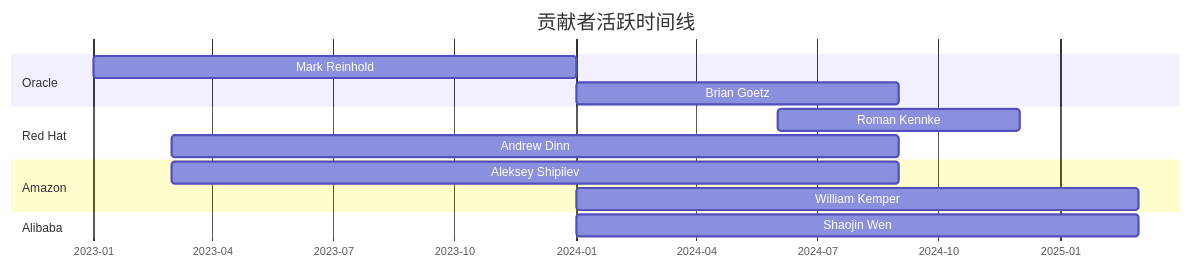
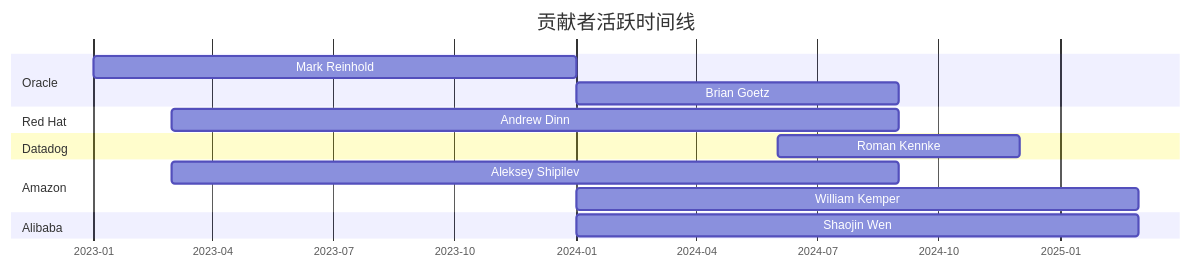
One commit to wenshao/jdk_internal changed the diagram in dashboard.md. Above: the diagram before and after it, drawn with Mermaid. The commit also changed other lines of this file and 14 other files, not shown here.

````diff
--- a/dashboard.md
+++ b/dashboard.md
@@ -130,21 +130,23 @@
 ```mermaid
 gantt
     title 贡献者活跃时间线
     dateFormat  YYYY-MM
     axisFormat  %Y-%m
     
     section Oracle
     Mark Reinhold     :2023-01, 12M
     Brian Goetz       :2024-01, 8M
     
     section Red Hat
+    Andrew Dinn       :2023-03, 18M
+
+    section Datadog
     Roman Kennke      :2024-06, 6M
-    Andrew Dinn       :2023-03, 18M
 
     section Amazon
     Aleksey Shipilev  :2023-03, 18M
     William Kemper    :2024-01, 14M
 
     section Alibaba
     Shaojin Wen       :2024-01, 14M
 ```
````
